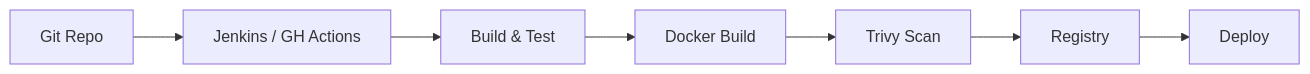
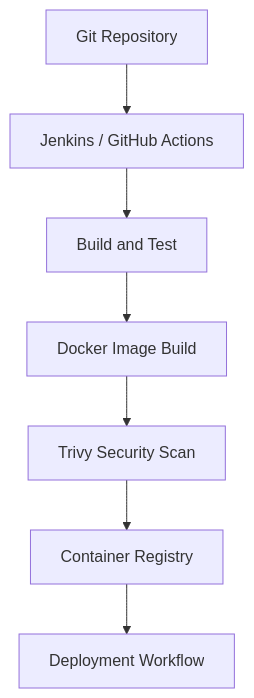
The seventh of 8 diagrams in README.md (manesaurabh1704-devops/manesaurabh1704-devops), drawn with Mermaid before and after one commit. The commit also changed other lines of this file, not shown here.

````diff
--- a/README.md
+++ b/README.md
@@ -235,4 +366,9 @@
 ```mermaid
-flowchart LR
-    A["Git Repo"] --> B["Jenkins / GH Actions"] --> C["Build & Test"] --> D["Docker Build"] --> E["Trivy Scan"] --> F["Registry"] --> G["Deploy"]
+flowchart TD
+    A["Git Repository"] --> B["Jenkins / GitHub Actions"]
+    B --> C["Build and Test"]
+    C --> D["Docker Image Build"]
+    D --> E["Trivy Security Scan"]
+    E --> F["Container Registry"]
+    F --> G["Deployment Workflow"]
 ```
````
